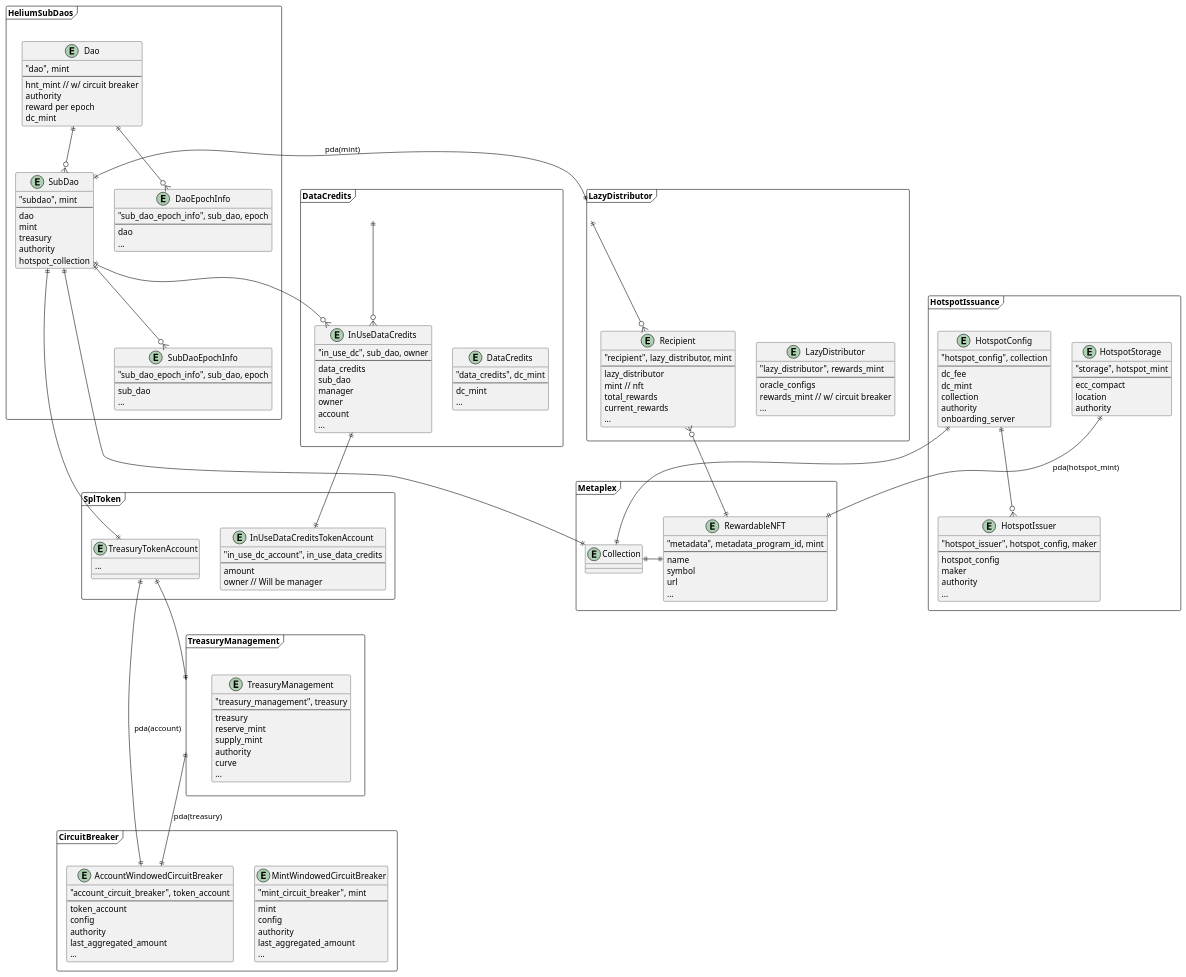
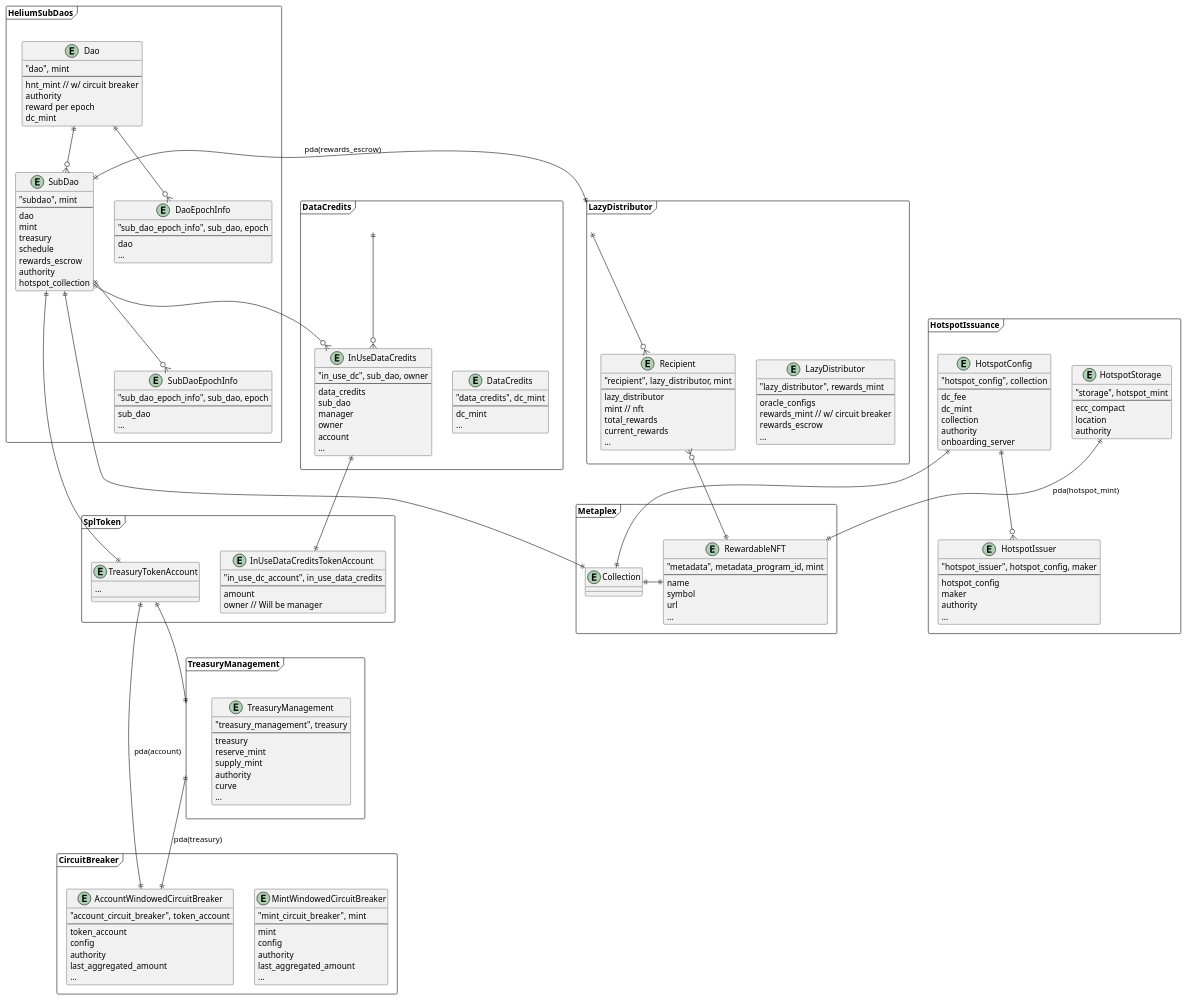
One commit to helium/helium-program-library changed the diagram in diagrams/erd.puml. Above: the diagram before and after it, drawn with PlantUML. The commit also changed 45 other files, not shown here.

Commit message:
Refactor to use circuit breakers and rewards escrow for lazy dist

```diff
--- a/diagrams/erd.puml
+++ b/diagrams/erd.puml
@@ -16,6 +16,8 @@
     dao
     mint
     treasury
+    schedule
+    rewards_escrow
     authority
     hotspot_collection
   }
@@ -125,6 +127,7 @@
     --
     oracle_configs
     rewards_mint // w/ circuit breaker
+    rewards_escrow
     ...
   }
 
@@ -151,7 +154,6 @@
   }
 }
 
-
 frame TreasuryManagement {
   entity TreasuryManagement {
     "treasury_management", treasury
@@ -176,7 +178,7 @@
 
 TreasuryTokenAccount ||--|| AccountWindowedCircuitBreaker : pda(account)
 
-SubDao ||-|| LazyDistributor : pda(mint)
+SubDao ||-|| LazyDistributor : pda(rewards_escrow)
 
 SubDao ||-|| Collection
 
```
